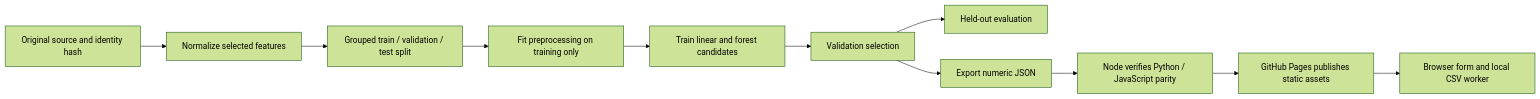
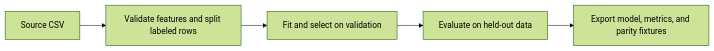
One commit to subhashdixit/customer-churn-explorer changed the third of 6 diagrams in README.md. Above: the diagram before and after it, drawn with Mermaid (forest theme). The commit also changed other lines of this file and 1 other file, not shown here.

Commit message:
Document project architecture and add app screenshot (#4)

````diff
--- a/README.md
+++ b/README.md
@@ -44,13 +70,4 @@
 ```mermaid
 flowchart LR
- A[Original source and identity hash] --> B[Normalize selected features]
- B --> C[Grouped train / validation / test split]
- C --> D[Fit preprocessing on training only]
- D --> E[Train linear and forest candidates]
- E --> F[Validation selection]
- F --> G[Held-out evaluation]
- F --> H[Export numeric JSON]
- H --> I[Node verifies Python / JavaScript parity]
- I --> J[GitHub Pages publishes static assets]
- J --> K[Browser form and local CSV worker]
+    A["Source CSV"] --> B["Validate features and split labeled rows"] --> C["Fit and select on validation"] --> D["Evaluate on held-out data"] --> E["Export model, metrics, and parity fixtures"]
 ```
````
